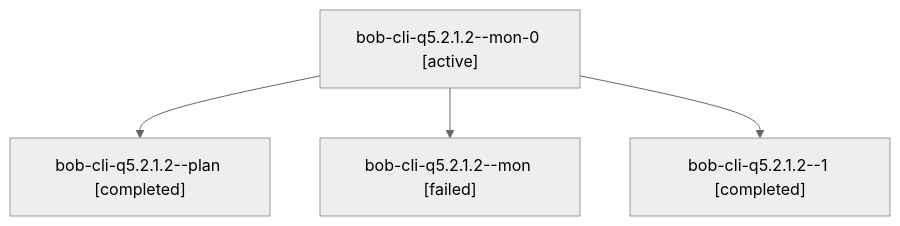
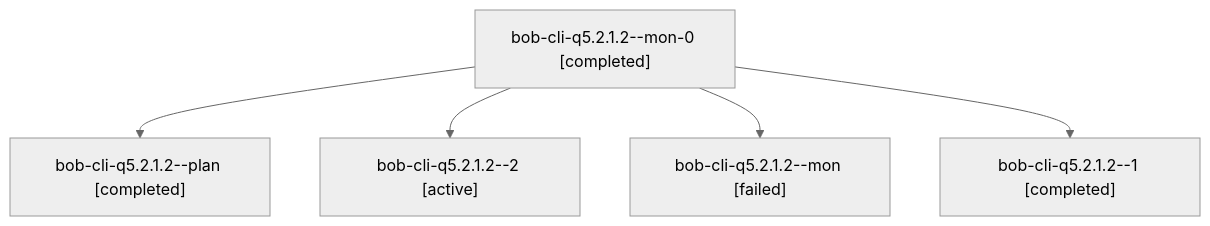
Before and after one commit to bobs-org/bob-cli--agents: the diagram in sessions/bbugyi200.athena.bob-cli-q5.2.1.2.md, drawn with Mermaid (neutral theme). The commit also changed other lines of this file and 81 other files, not shown here.

````diff
--- a/sessions/bbugyi200.athena.bob-cli-q5.2.1.2.md
+++ b/sessions/bbugyi200.athena.bob-cli-q5.2.1.2.md
@@ -9,10 +9,12 @@
 ```mermaid
 flowchart TD
-  n0["bob-cli-q5.2.1.2--mon-0 [active]"]
+  n0["bob-cli-q5.2.1.2--mon-0 [completed]"]
   n1["bob-cli-q5.2.1.2--plan [completed]"]
   n0 --> n1
-  n2["bob-cli-q5.2.1.2--mon [failed]"]
+  n2["bob-cli-q5.2.1.2--2 [active]"]
   n0 --> n2
-  n3["bob-cli-q5.2.1.2--1 [completed]"]
+  n3["bob-cli-q5.2.1.2--mon [failed]"]
   n0 --> n3
+  n4["bob-cli-q5.2.1.2--1 [completed]"]
+  n0 --> n4
 ```
````
